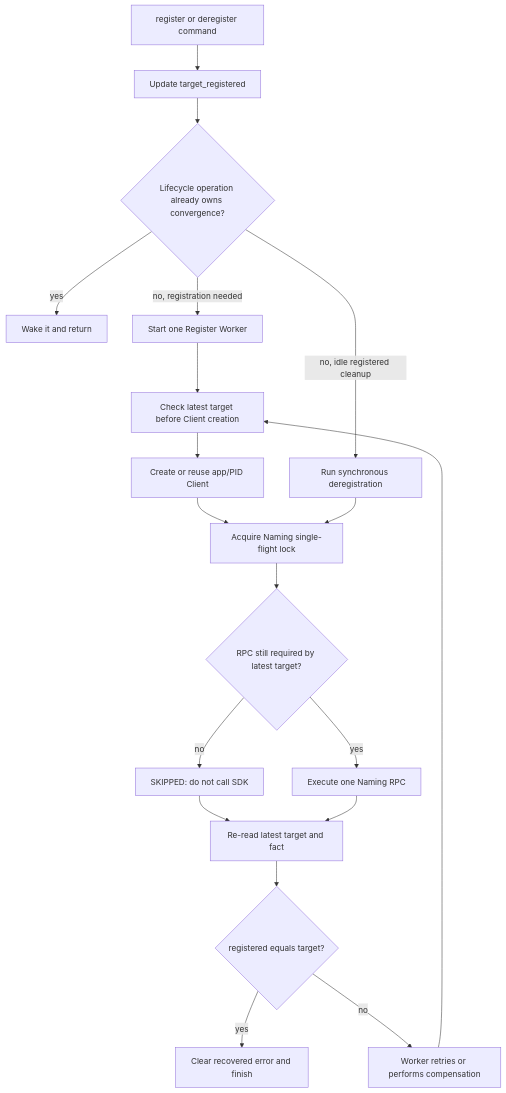
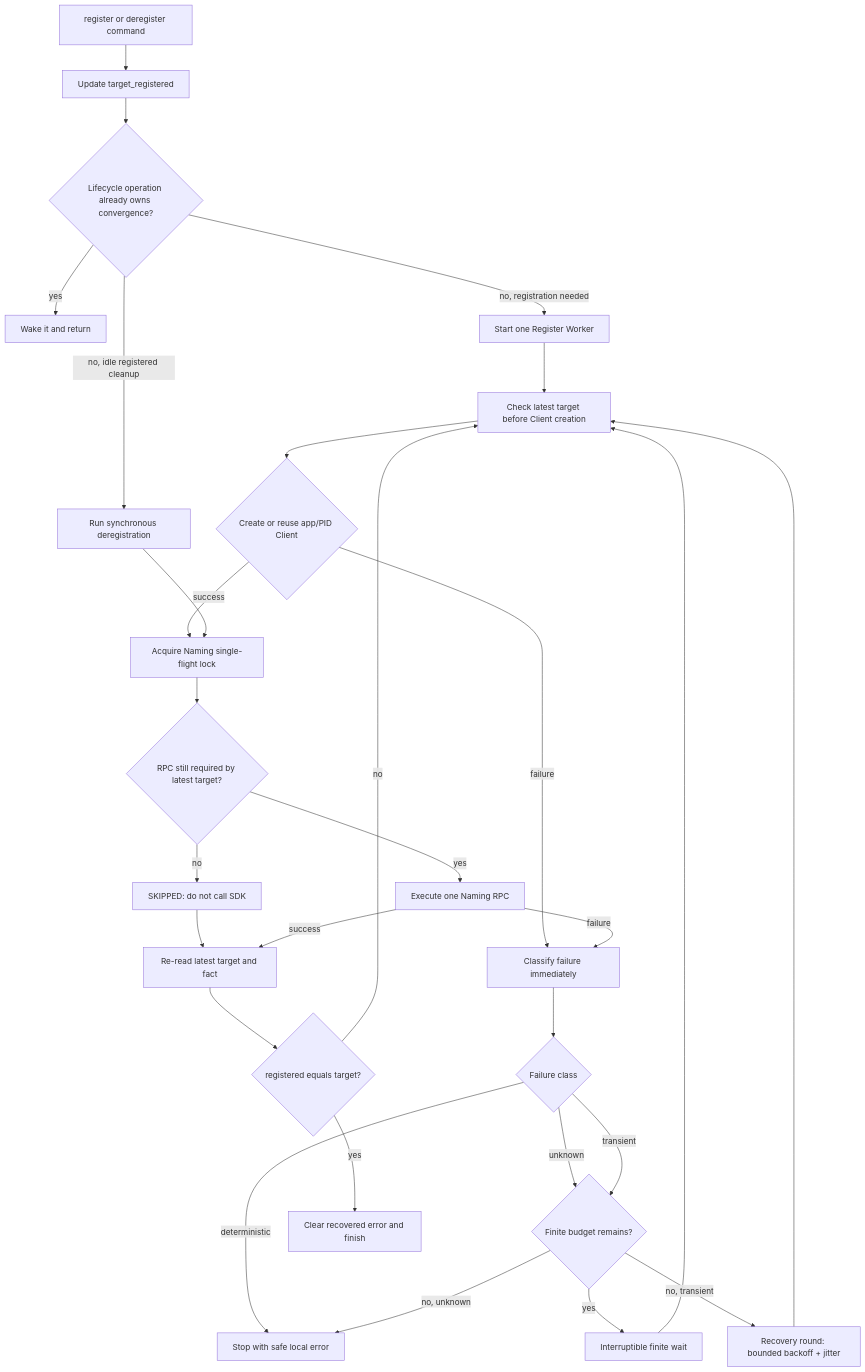
Before and after one commit to pumpkin-nbc/Flask-Nacos: the second of 2 diagrams in docs/service-registration.md, drawn with Mermaid. The commit also changed other lines of this file and 25 other files, not shown here.

````diff
--- a/docs/service-registration.md
+++ b/docs/service-registration.md
@@ -74,21 +76,31 @@
 ```mermaid
 flowchart TD
     A["register or deregister command"] --> B["Update target_registered"]
     B --> C{"Lifecycle operation already owns convergence?"}
     C -- "yes" --> D["Wake it and return"]
     C -- "no, registration needed" --> E["Start one Register Worker"]
     C -- "no, idle registered cleanup" --> F["Run synchronous deregistration"]
     E --> G["Check latest target before Client creation"]
-    G --> H["Create or reuse app/PID Client"]
-    H --> I["Acquire Naming single-flight lock"]
+    G --> H{"Create or reuse app/PID Client"}
+    H -- "success" --> I["Acquire Naming single-flight lock"]
+    H -- "failure" --> P["Classify failure immediately"]
     F --> I
     I --> J{"RPC still required by latest target?"}
     J -- "no" --> K["SKIPPED: do not call SDK"]
     J -- "yes" --> L["Execute one Naming RPC"]
     K --> M["Re-read latest target and fact"]
-    L --> M
+    L -- "success" --> M
+    L -- "failure" --> P
+    P --> Q{"Failure class"}
+    Q -- "deterministic" --> R["Stop with safe local error"]
+    Q -- "unknown" --> S{"Finite budget remains?"}
+    Q -- "transient" --> S
+    S -- "yes" --> T["Interruptible finite wait"]
+    T --> G
+    S -- "no, unknown" --> R
+    S -- "no, transient" --> U["Recovery round: bounded backoff + jitter"]
+    U --> G
     M --> N{"registered equals target?"}
     N -- "yes" --> O["Clear recovered error and finish"]
-    N -- "no" --> P["Worker retries or performs compensation"]
-    P --> G
+    N -- "no" --> G
 ```
````
